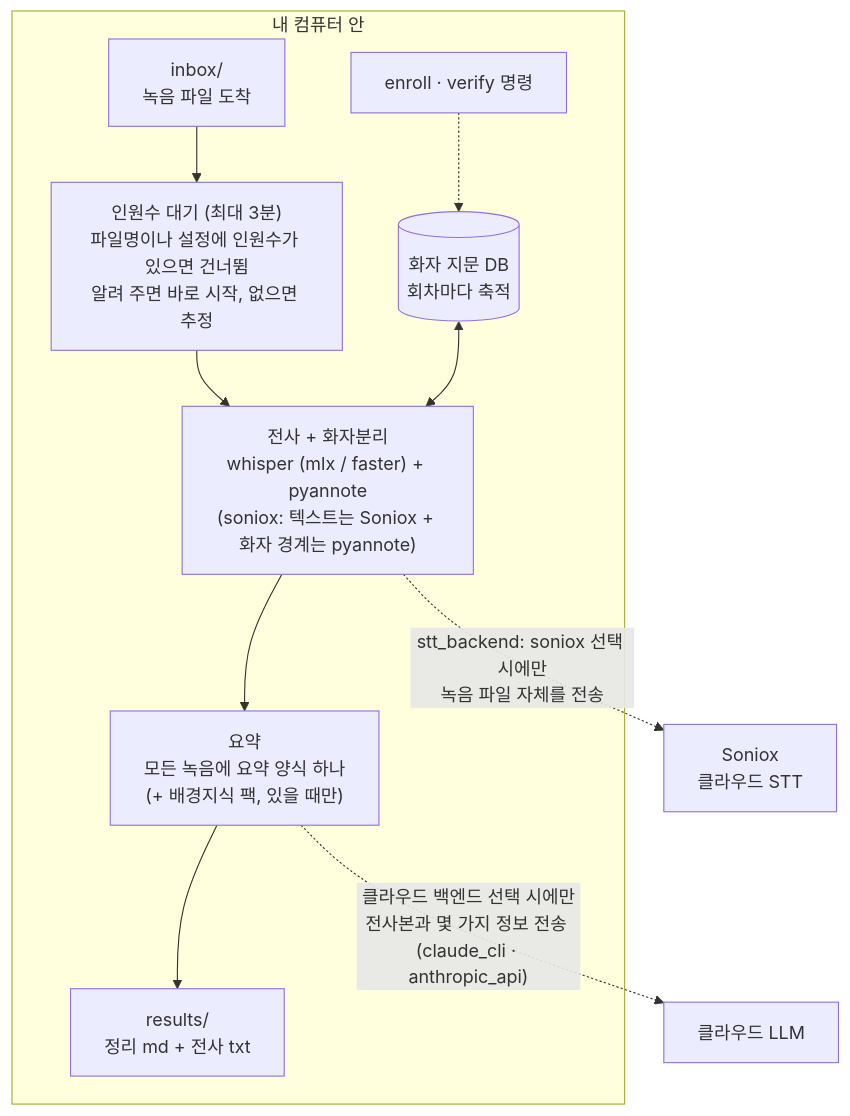
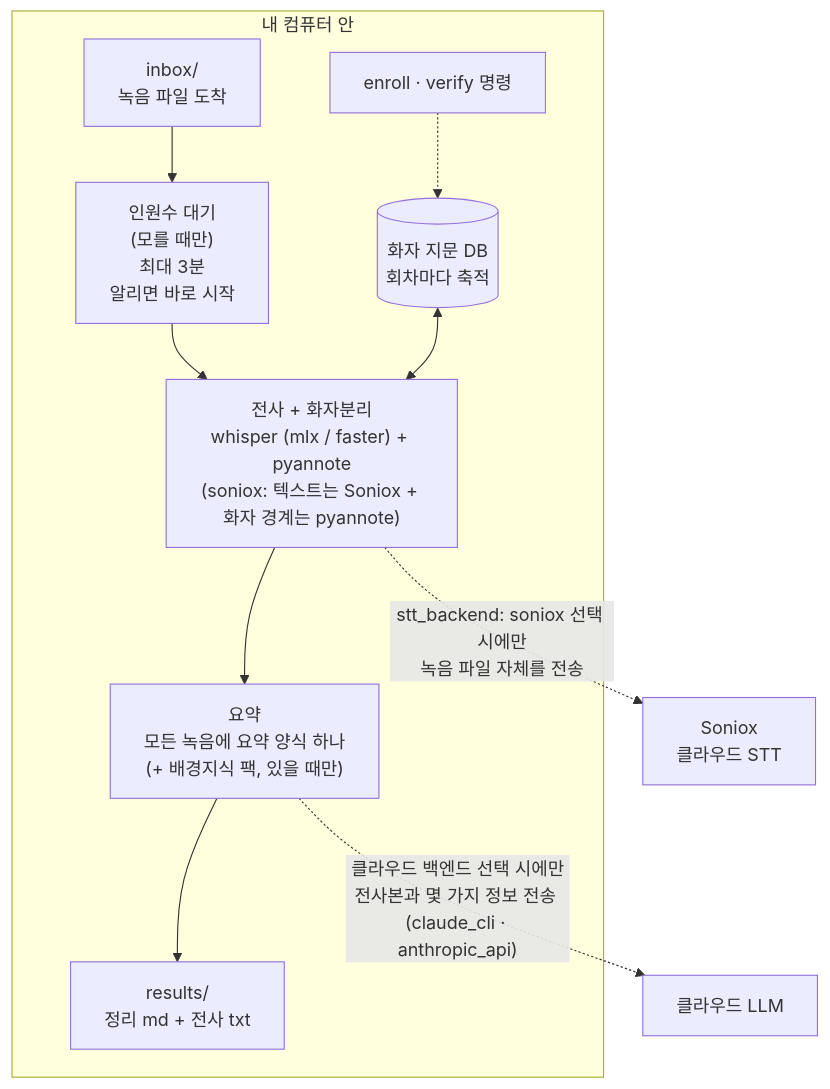
One commit to kemy-ai/moim-scribe changed the diagram in README.ko.md. Above: the diagram before and after it, drawn with Mermaid. The commit also changed 1 other file, not shown here.

Commit message:
Shorten the wait step in the README diagram
On GitHub the new step wrapped in the middle of words and was the tallest
box in the diagram. Each line is now short enough to fit the box, and the
details stay in "Telling it how many people were there".

````diff
--- a/README.ko.md
+++ b/README.ko.md
@@ -15,13 +15,13 @@
 ```mermaid
 flowchart TD
     subgraph machine["내 컴퓨터 안"]
-        A["inbox/<br>녹음 파일 도착"] --> W["인원수 대기 (최대 3분)<br>파일명이나 설정에 인원수가 있으면 건너뜀<br>알려 주면 바로 시작, 없으면 추정"]
+        A["inbox/<br>녹음 파일 도착"] --> W["인원수 대기<br>(모를 때만)<br>최대 3분<br>알리면 바로 시작"]
         W --> B["전사 + 화자분리<br>whisper (mlx / faster) + pyannote<br>(soniox: 텍스트는 Soniox + 화자 경계는 pyannote)"]
         FP[("화자 지문 DB<br>회차마다 축적")] <--> B
         B --> C["요약<br>모든 녹음에 요약 양식 하나<br>(+ 배경지식 팩, 있을 때만)"]
         C --> D["results/<br>정리 md + 전사 txt"]
         V["enroll · verify 명령"] -.-> FP
     end
     B -.->|"stt_backend: soniox 선택 시에만<br>녹음 파일 자체를 전송"| STT["Soniox<br>클라우드 STT"]
     C -.->|"클라우드 백엔드 선택 시에만<br>전사본과 몇 가지 정보 전송 (claude_cli · anthropic_api)"| LLM["클라우드 LLM"]
 ```
````
